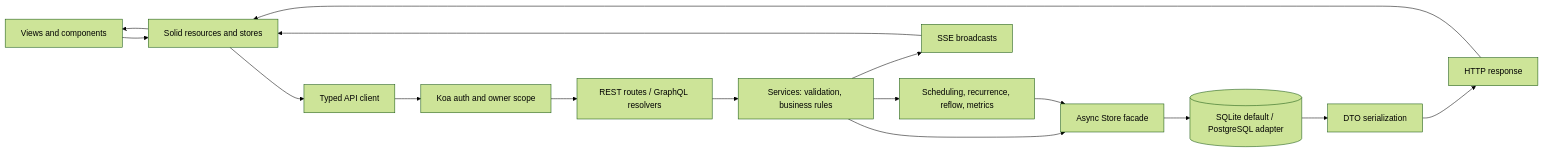
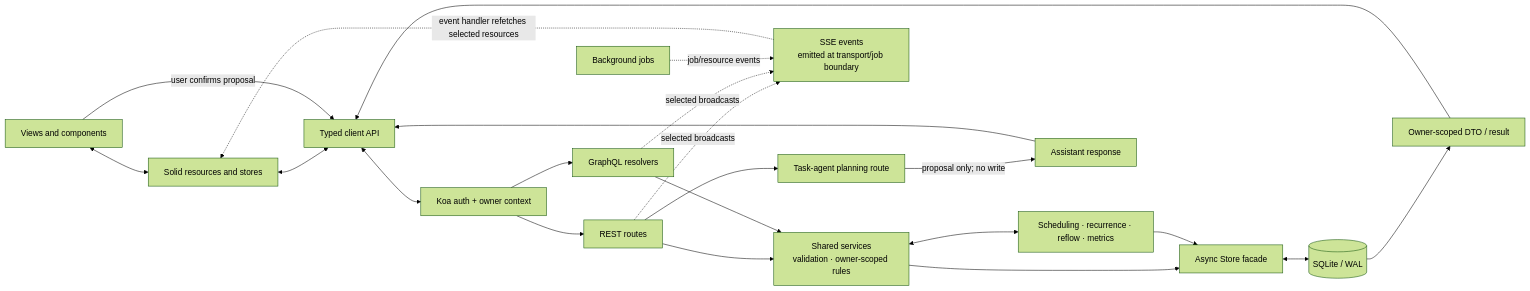
The third of 5 diagrams in docs/DIAGRAMS.md (companionintelligence/CI-Planning), drawn with Mermaid (forest theme) before and after one commit. The commit also changed other lines of this file and 9 other files, not shown here.

````diff
--- a/docs/DIAGRAMS.md
+++ b/docs/DIAGRAMS.md
@@ -80,18 +99,24 @@
 ```mermaid
 flowchart LR
-  UI["Views and components"] --> Stores["Solid resources and stores"]
-  Stores --> ClientAPI["Typed API client"]
-  ClientAPI --> Auth["Koa auth and owner scope"]
-  Auth --> Routes["REST routes / GraphQL resolvers"]
-  Routes --> Services["Services: validation, business rules"]
-  Services --> Engines["Scheduling, recurrence, reflow, metrics"]
-  Services --> DBFacade["Async Store facade"]
-  Engines --> DBFacade
-  DBFacade --> DB[("SQLite default / PostgreSQL adapter")]
-  DB --> Serialize["DTO serialization"]
-  Serialize --> Response["HTTP response"]
-  Response --> Stores
-  Services --> Events["SSE broadcasts"]
-  Events --> Stores
-  Stores --> UI
+  UI["Views and components"] <--> State["Solid resources and stores"]
+  State <--> APIClient["Typed client API"]
+  APIClient <--> Auth["Koa auth + owner context"]
+  Auth --> REST["REST routes"]
+  Auth --> GraphQL["GraphQL resolvers"]
+  REST --> Services["Shared services<br/>validation · owner-scoped rules"]
+  GraphQL --> Services
+  Services <--> Engines["Scheduling · recurrence · reflow · metrics"]
+  Services --> Store["Async Store facade"]
+  Engines --> Store
+  Store <--> DB[("SQLite / WAL")]
+  DB --> Result["Owner-scoped DTO / result"]
+  Result --> APIClient
+  REST -. "selected broadcasts" .-> Events["SSE events<br/>emitted at transport/job boundary"]
+  GraphQL -. "selected broadcasts" .-> Events
+  Jobs["Background jobs"] -. "job/resource events" .-> Events
+  Events -. "event handler refetches selected resources" .-> State
+  REST --> Agent["Task-agent planning route"]
+  Agent -->|"proposal only; no write"| Proposal["Assistant response"]
+  Proposal --> APIClient
+  UI -->|"user confirms proposal"| APIClient
 ```
````
